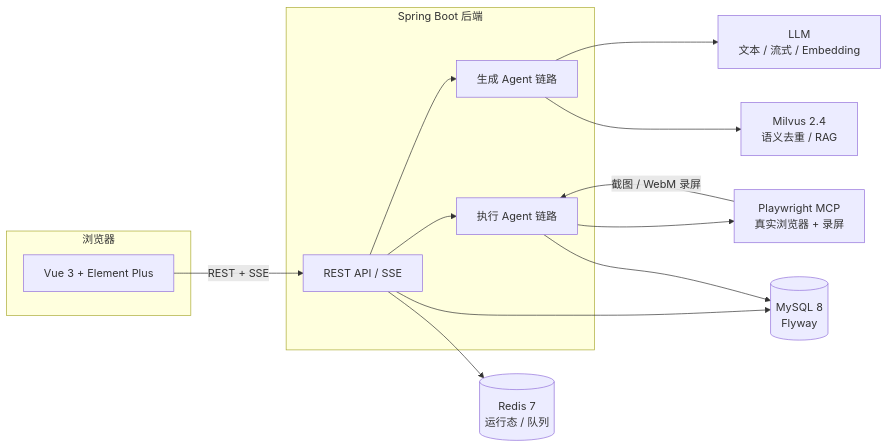
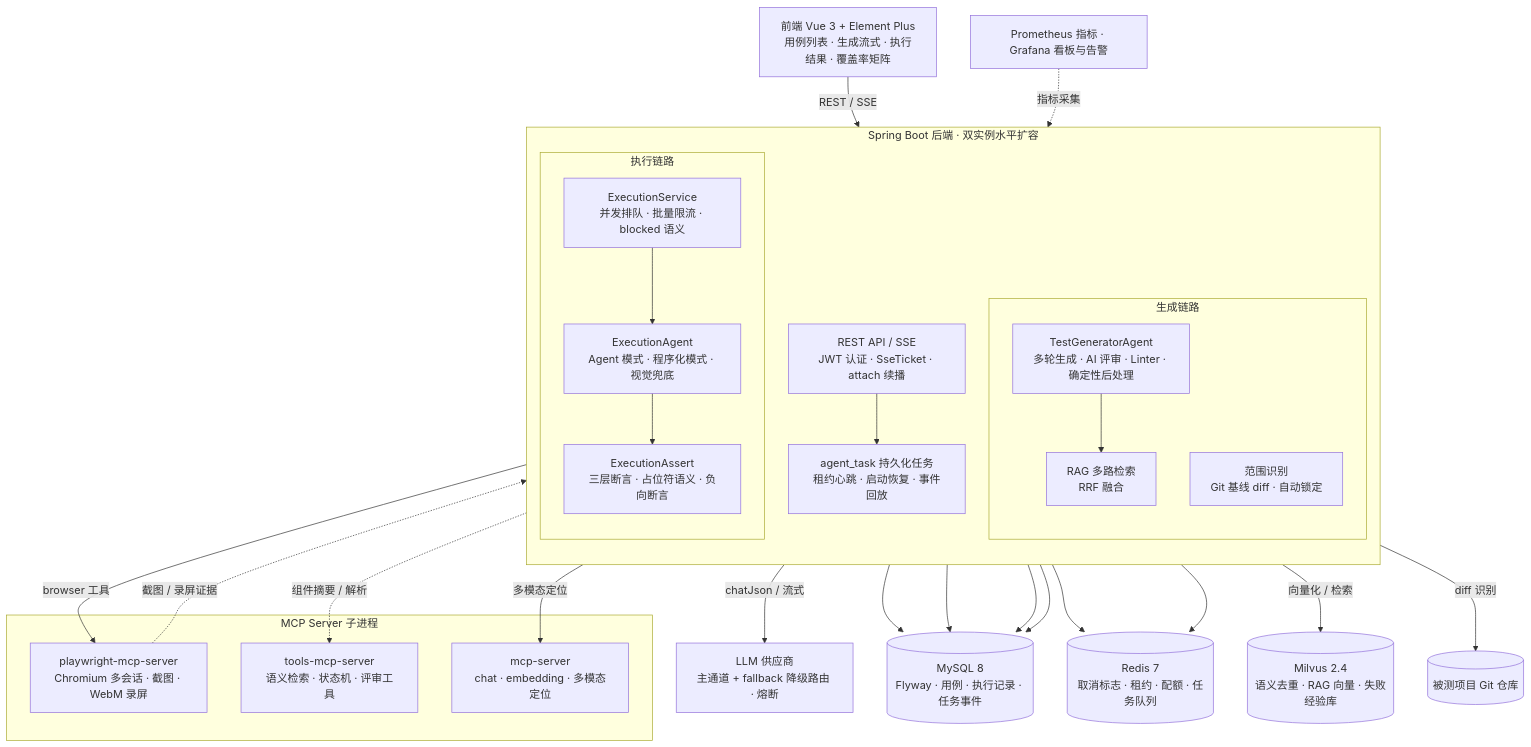
One commit to BambooFishhh/AICaseTest changed the diagram in README.md. Above: the diagram before and after it, drawn with Mermaid. The commit also changed other lines of this file, not shown here.

Commit message:
docs: README 完整版本线默认展开+架构总览完善 - 版本线表去掉 details 折叠,直接展示(v1.x~v9.3 + vT/vP 工程线) - 架构图从 7 节点扩充为全链路: 生成链路(范围识别/RAG/生成Agent)与执行链路(排队/Agent/三层断言)分subgraph, 补 MCP 三进程(tools/mcp-server/多模态定位), agent_task 持久化任务与attach续播, LLM 主备降级路由, Prometheus/Grafana 可观测, Git 仓库与数据存储

````diff
--- a/README.md
+++ b/README.md
@@ -20,27 +20,53 @@
 ```mermaid
-flowchart LR
-    subgraph client["浏览器"]
-        FE["Vue 3 + Element Plus"]
+flowchart TB
+    FE["前端 Vue 3 + Element Plus<br/>用例列表 · 生成流式 · 执行结果 · 覆盖率矩阵"]
+
+    subgraph backend["Spring Boot 后端 · 双实例水平扩容"]
+        direction TB
+        API["REST API / SSE<br/>JWT 认证 · SseTicket · attach 续播"]
+        TASK["agent_task 持久化任务<br/>租约心跳 · 启动恢复 · 事件回放"]
+        subgraph gen["生成链路"]
+            SCOPE["范围识别<br/>Git 基线 diff · 自动锁定"]
+            RAG["RAG 多路检索<br/>RRF 融合"]
+            GEN["TestGeneratorAgent<br/>多轮生成 · AI 评审 · Linter · 确定性后处理"]
+        end
+        subgraph exec["执行链路"]
+            QUEUE["ExecutionService<br/>并发排队 · 批量限流 · blocked 语义"]
+            AGENT["ExecutionAgent<br/>Agent 模式 · 程序化模式 · 视觉兜底"]
+            ASSERT["ExecutionAssert<br/>三层断言 · 占位符语义 · 负向断言"]
+        end
     end
-    subgraph backend["Spring Boot 后端"]
-        API["REST API / SSE"]
-        GEN["生成 Agent 链路"]
-        EXEC["执行 Agent 链路"]
+
+    subgraph mcp["MCP Server 子进程"]
+        PW["playwright-mcp-server<br/>Chromium 多会话 · 截图 · WebM 录屏"]
+        TOOLS["tools-mcp-server<br/>语义检索 · 状态机 · 评审工具"]
+        LMMMCP["mcp-server<br/>chat · embedding · 多模态定位"]
     end
-    LLM["LLM<br/>文本 / 流式 / Embedding"]
-    MILVUS["Milvus 2.4<br/>语义去重 / RAG"]
-    DB[("MySQL 8<br/>Flyway")]
-    REDIS[("Redis 7<br/>运行态 / 队列")]
-    PW["Playwright MCP<br/>真实浏览器 + 录屏"]
 
-    FE -->|REST + SSE| API
-    API --> GEN
-    API --> EXEC
-    GEN --> LLM
-    GEN --> MILVUS
-    EXEC --> PW
-    PW -->|截图 / WebM 录屏| EXEC
+    LLM["LLM 供应商<br/>主通道 + fallback 降级路由 · 熔断"]
+    DB[("MySQL 8<br/>Flyway · 用例 · 执行记录 · 任务事件")]
+    REDIS[("Redis 7<br/>取消标志 · 租约 · 配额 · 任务队列")]
+    MILVUS[("Milvus 2.4<br/>语义去重 · RAG 向量 · 失败经验库")]
+    GIT[("被测项目 Git 仓库")]
+    OBS["Prometheus 指标 · Grafana 看板与告警"]
+
+    FE -->|"REST / SSE"| API
+    API --> TASK
+    SCOPE -->|"diff 识别"| GIT
+    GEN --> RAG
+    GEN -->|"chatJson / 流式"| LLM
+    GEN -->|"向量化 / 检索"| MILVUS
+    QUEUE --> AGENT
+    AGENT --> ASSERT
+    AGENT -->|"browser 工具"| PW
+    AGENT -->|"多模态定位"| LMMMCP
+    GEN -.->|"组件摘要 / 解析"| TOOLS
     API --> DB
+    TASK --> DB
+    GEN --> DB
+    AGENT --> DB
     API --> REDIS
-    EXEC --> DB
+    QUEUE --> REDIS
+    OBS -.->|"指标采集"| backend
+    PW -.->|"截图 / 录屏证据"| AGENT
 ```
````
